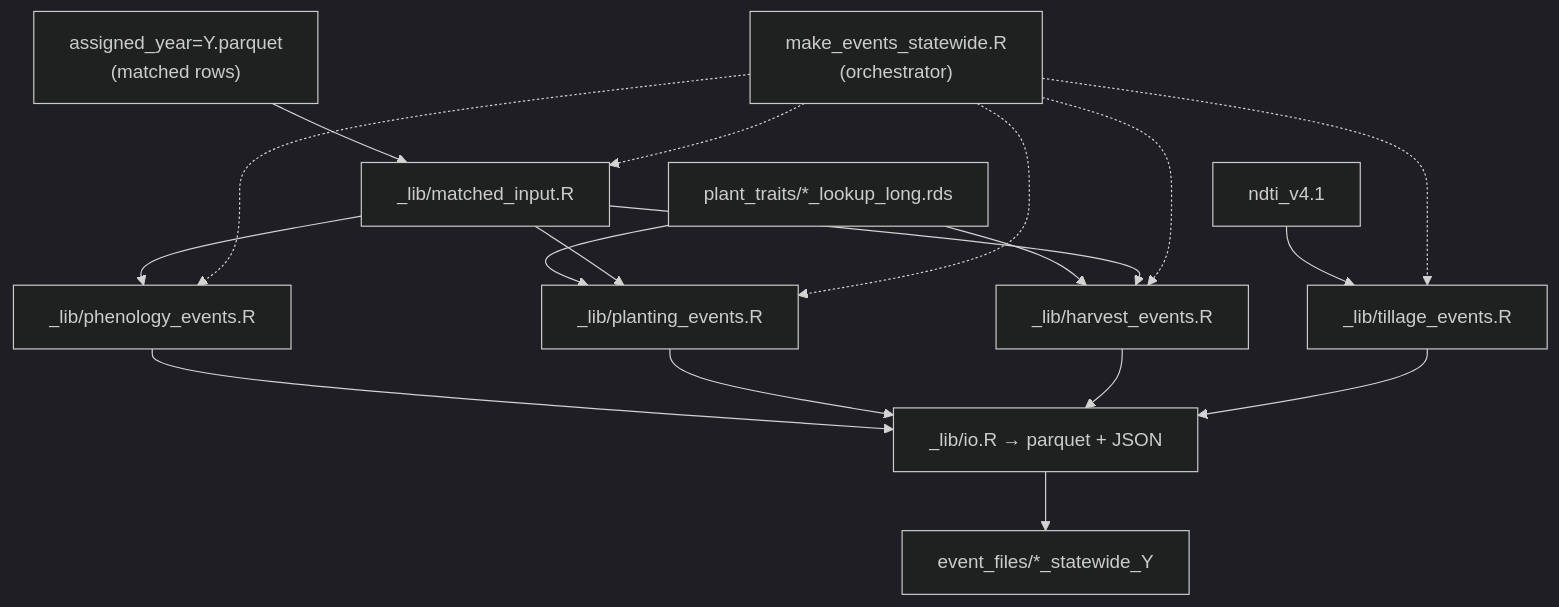
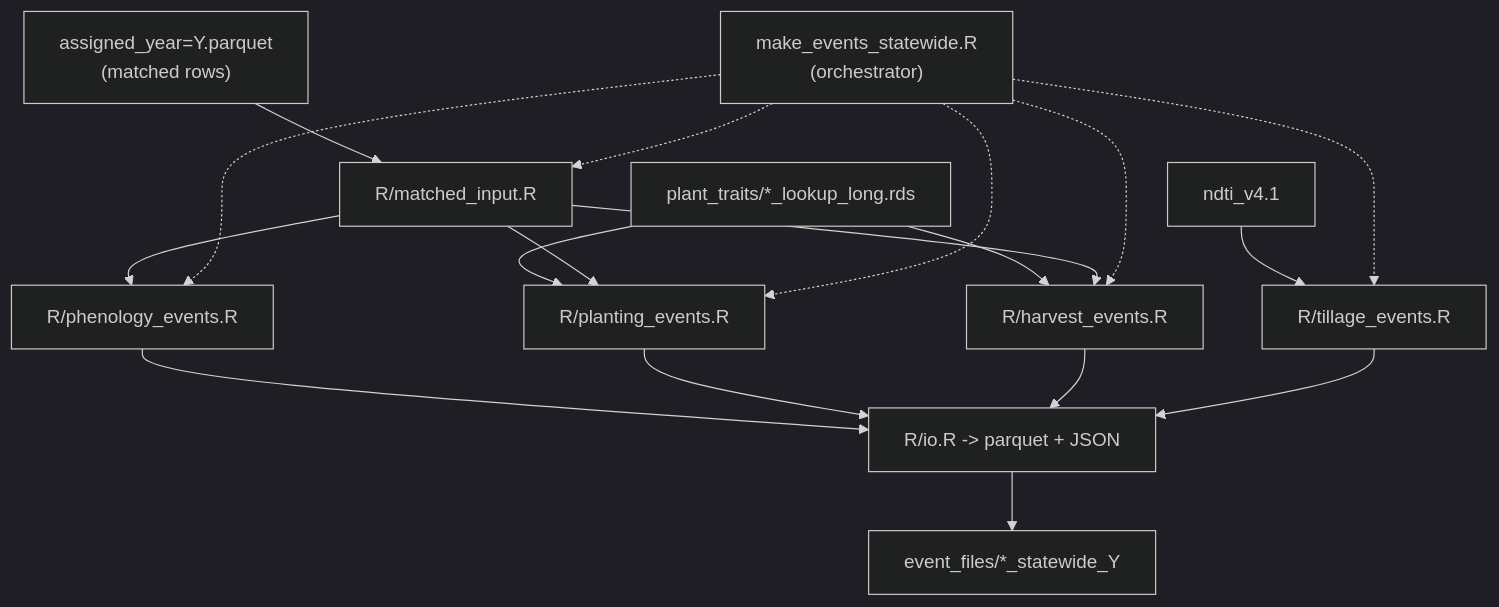
One commit to PecanProject/pecan changed the diagram in modules/data.remote/inst/ccmmf/events/README.md. Above: the diagram before and after it, drawn with Mermaid (dark theme). The commit also changed other lines of this file and 170 other files, not shown here.

````diff
--- a/modules/data.remote/inst/ccmmf/events/README.md
+++ b/modules/data.remote/inst/ccmmf/events/README.md
@@ -13,20 +23,20 @@
 ```mermaid
 flowchart TD
-  ASS["assigned_year=Y.parquet\n(matched rows)"] --> LOAD["_lib/matched_input.R"]
-  LK["plant_traits/*_lookup_long.rds"] --> PL["_lib/planting_events.R"]
-  LK --> HV["_lib/harvest_events.R"]
-  LOAD --> PH["_lib/phenology_events.R"]
+  ASS["assigned_year=Y.parquet\n(matched rows)"] --> LOAD["R/matched_input.R"]
+  LK["plant_traits/*_lookup_long.rds"] --> PL["R/planting_events.R"]
+  LK --> HV["R/harvest_events.R"]
+  LOAD --> PH["R/phenology_events.R"]
   LOAD --> PL
   LOAD --> HV
-  NDTI["ndti_v4.1"] --> TL["_lib/tillage_events.R"]
-  PH --> IO["_lib/io.R → parquet + JSON"]
+  NDTI["ndti_v4.1"] --> TL["R/tillage_events.R"]
+  PH --> IO["R/io.R -> parquet + JSON"]
   PL --> IO
   HV --> IO
   TL --> IO
   IO --> OUT["event_files/*_statewide_Y"]
   E["make_events_statewide.R\n(orchestrator)"] -.-> LOAD
   E -.-> PH
   E -.-> PL
   E -.-> HV
   E -.-> TL
 ```
````
